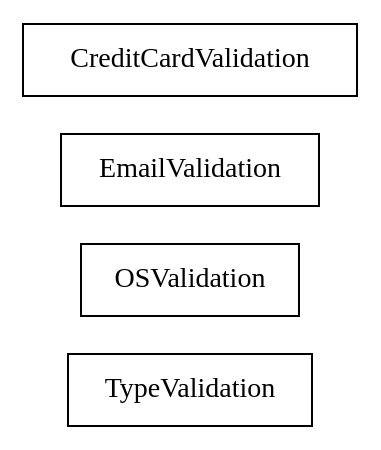
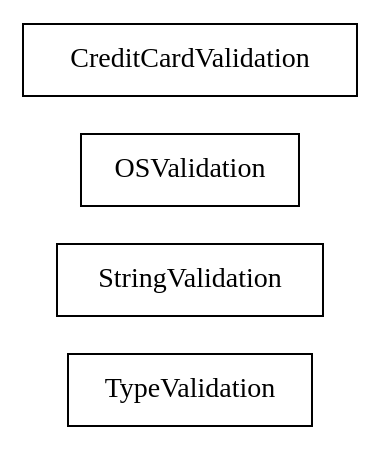
The diagram in docs/com/sekati/validate/classes.dot (sekati/sasapi), drawn with Graphviz before and after one commit. The commit also changed 129 other files, not shown here.

```diff
--- a/docs/com/sekati/validate/classes.dot
+++ b/docs/com/sekati/validate/classes.dot
@@ -1,27 +1,27 @@
 strict digraph class_diagram {
   rankdir=LR;
   TypeTypeValidation[
     label="TypeValidation",
     URL="TypeValidation.html",
     tooltip="com.sekati.validate.TypeValidation",
     shape="record"
   ];
+  TypeStringValidation[
+    label="StringValidation",
+    URL="StringValidation.html",
+    tooltip="com.sekati.validate.StringValidation",
+    shape="record"
+  ];
   TypeOSValidation[
     label="OSValidation",
     URL="OSValidation.html",
     tooltip="com.sekati.validate.OSValidation",
-    shape="record"
-  ];
-  TypeEmailValidation[
-    label="EmailValidation",
-    URL="EmailValidation.html",
-    tooltip="com.sekati.validate.EmailValidation",
     shape="record"
   ];
   TypeCreditCardValidation[
     label="CreditCardValidation",
     URL="CreditCardValidation.html",
     tooltip="com.sekati.validate.CreditCardValidation",
     shape="record"
   ];
 }
```
